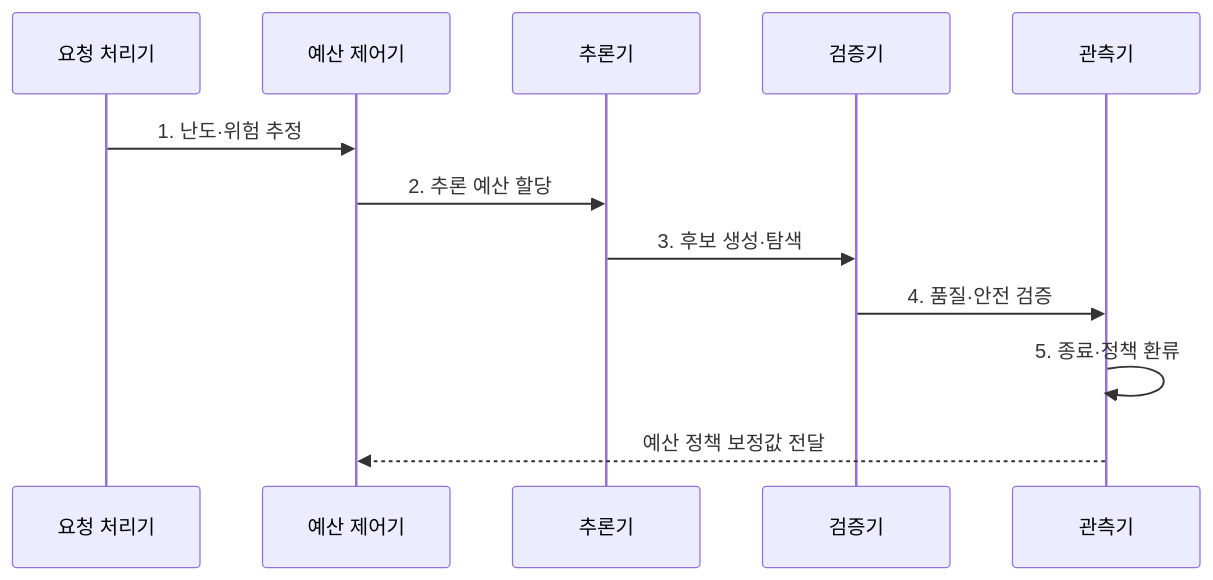
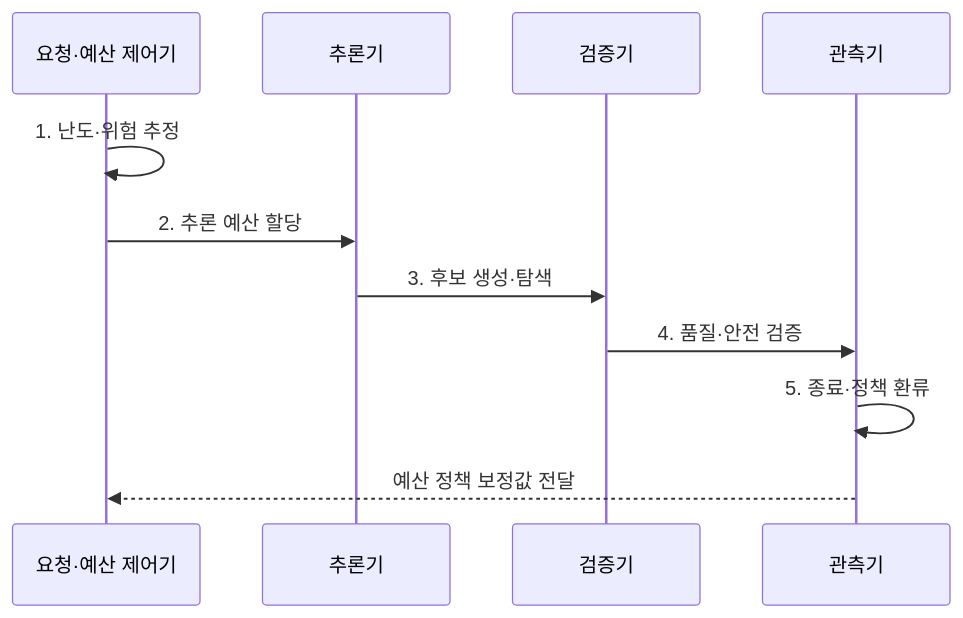
Before and after one commit to agnusdei1207/knowledge-base: the second of 2 diagrams in src/content/docs/notes/08-latest-tech/040_test_time_compute.md, drawn with Mermaid. The commit also changed 9 other files, not shown here.

Commit message:
Simplify AI system flow participants

````diff
--- a/src/content/docs/notes/08-latest-tech/040_test_time_compute.md
+++ b/src/content/docs/notes/08-latest-tech/040_test_time_compute.md
@@ -107,14 +107,13 @@
 ```mermaid
 sequenceDiagram
-  participant R as 요청 처리기
-  participant B as 예산 제어기
+  participant B as 요청·예산 제어기
   participant I as 추론기
   participant V as 검증기
   participant O as 관측기
-  R->>B: 1. 난도·위험 추정
+  B->>B: 1. 난도·위험 추정
   B->>I: 2. 추론 예산 할당
   I->>V: 3. 후보 생성·탐색
   V->>O: 4. 품질·안전 검증
   O->>O: 5. 종료·정책 환류
   O-->>B: 예산 정책 보정값 전달
 ```
````
